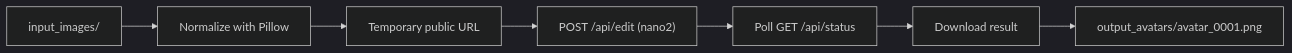
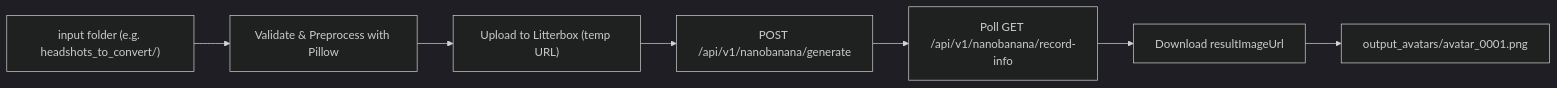
The diagram in README.md (tidypy/img2img-batch-avitar-generator), drawn with Mermaid (dark theme) before and after one commit. The commit also changed other lines of this file and 3 other files, not shown here.

Commit message:
Docs: Finalize Nano Banana API wrapper configuration

````diff
--- a/README.md
+++ b/README.md
@@ -21,9 +23,9 @@
 ```mermaid
 flowchart LR
-    A["input_images/"] --> B["Normalize with Pillow"]
-    B --> C["Temporary public URL"]
-    C --> D["POST /api/edit (nano2)"]
-    D --> E["Poll GET /api/status"]
-    E --> F["Download result"]
+    A["input folder (e.g. headshots_to_convert/)"] --> B["Validate & Preprocess with Pillow"]
+    B --> C["Upload to Litterbox (temp URL)"]
+    C --> D["POST /api/v1/nanobanana/generate"]
+    D --> E["Poll GET /api/v1/nanobanana/record-info"]
+    E --> F["Download resultImageUrl"]
     F --> G["output_avatars/avatar_0001.png"]
 ```
````
